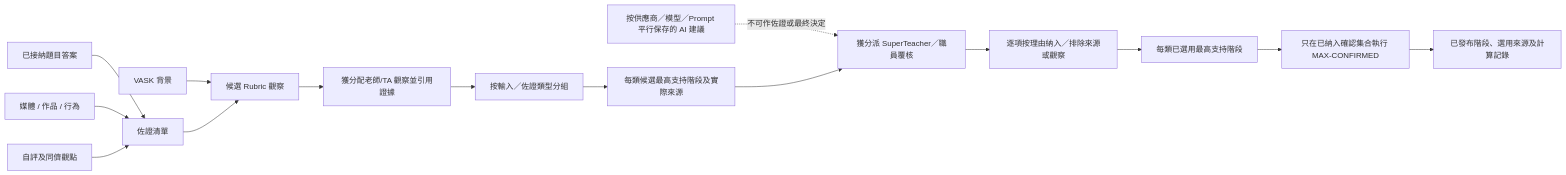
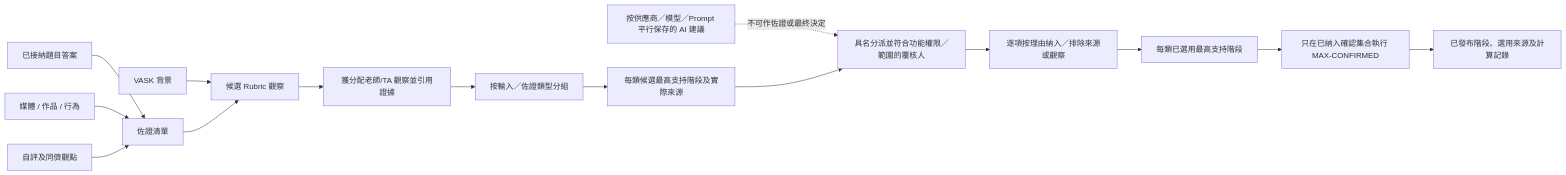
One commit to heison-octopus/testing-port changed the diagram in output/Chinese/SRS/SRS-08 評估八項技能及十六階段.md. Above: the diagram before and after it, drawn with Mermaid. The commit also changed other lines of this file and 117 other files, not shown here.

````diff
--- a/output/Chinese/SRS/SRS-08 評估八項技能及十六階段.md
+++ b/output/Chinese/SRS/SRS-08 評估八項技能及十六階段.md
@@ -63,17 +63,17 @@
 ```mermaid
 flowchart LR
     Q[已接納題目答案] --> PL[佐證清單]
     V[VASK 背景] --> C
     M[媒體 / 作品 / 行為] --> PL
     S[自評及同儕觀點] --> PL
     PL --> C[候選 Rubric 觀察]
     C --> T[獲分配老師/TA 觀察並引用證據]
     T --> G[按輸入／佐證類型分組]
     G --> TypeMax[每類候選最高支持階段及實際來源]
-    AI[按供應商／模型／Prompt 平行保存的 AI 建議] -. 不可作佐證或最終決定 .-> R[獲分派 SuperTeacher／職員覆核]
+    AI[按供應商／模型／Prompt 平行保存的 AI 建議] -. 不可作佐證或最終決定 .-> R[具名分派並符合功能權限／範圍的覆核人]
     TypeMax --> R
     R --> I[逐項按理由納入／排除來源或觀察]
     I --> IncludedMax[每類已選用最高支持階段]
     IncludedMax --> X[只在已納入確認集合執行 MAX-CONFIRMED]
     X --> P[已發布階段、選用來源及計算記錄]
 ```
````
